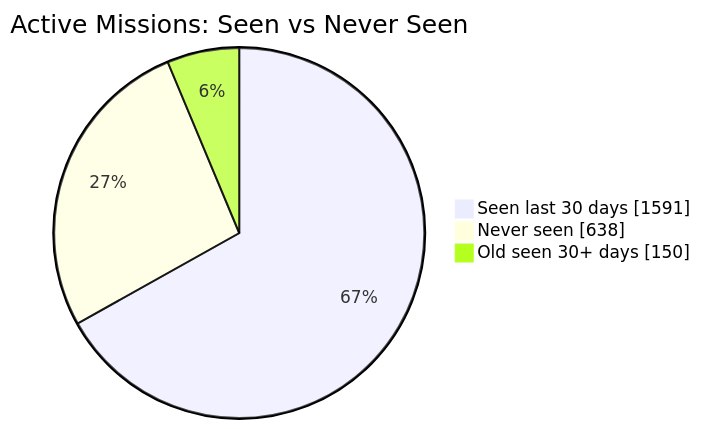
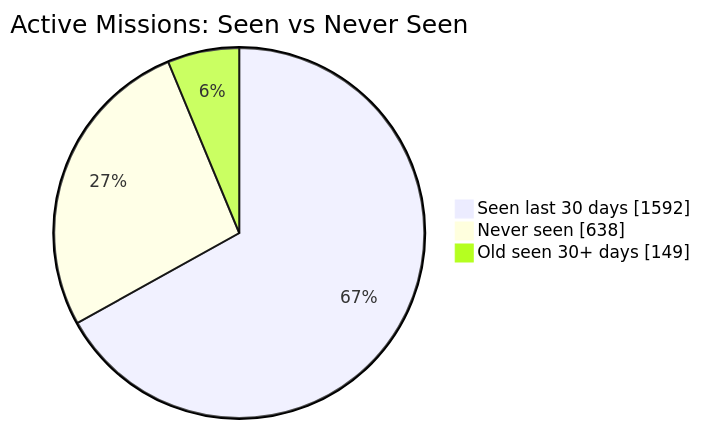
One commit to MeldkamerspelGameTeam/active-missions changed the first of 2 diagrams in README.md. Above: the diagram before and after it, drawn with Mermaid. The commit also changed other lines of this file and 3 other files, not shown here.

````diff
--- a/README.md
+++ b/README.md
@@ -34,7 +34,7 @@
 ```mermaid
 pie showData
     title Active Missions: Seen vs Never Seen
-    "Seen last 30 days" : 1591
+    "Seen last 30 days" : 1592
     "Never seen" : 638
-    "Old seen 30+ days" : 150
+    "Old seen 30+ days" : 149
 ```
````
